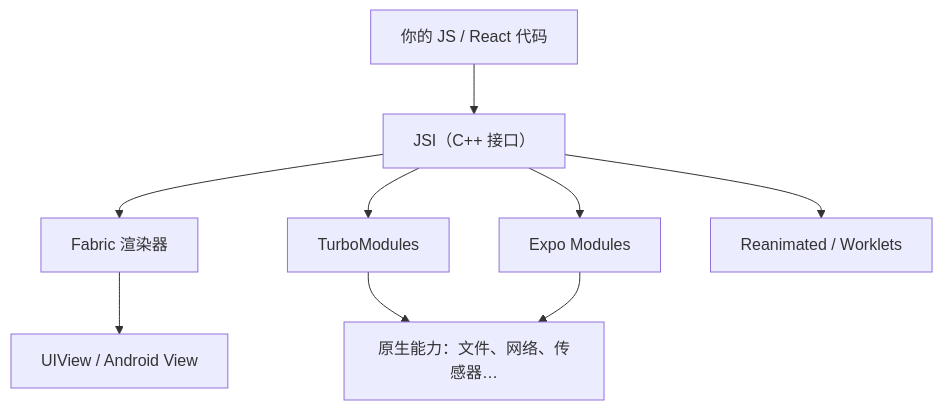
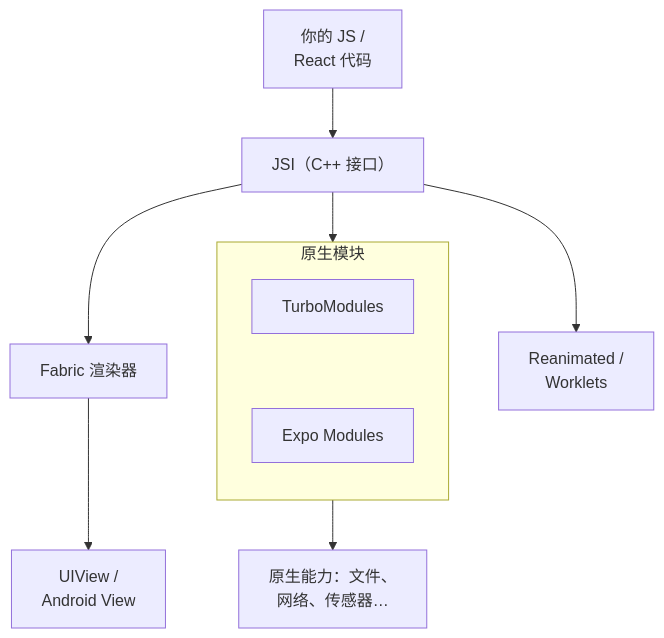
Before and after one commit to jarvis-pro/hatch-shelf: the diagram in books/rn-expo/01-new-architecture.md, drawn with Mermaid. The commit also changed 432 other files, not shown here.

````diff
--- a/books/rn-expo/01-new-architecture.md
+++ b/books/rn-expo/01-new-architecture.md
@@ -41,11 +41,13 @@
 ```mermaid
 flowchart TD
-  JS["你的 JS / React 代码"] --> JSI["JSI（C++ 接口）"]
+  JS["你的 JS /<br/>React 代码"] --> JSI["JSI（C++ 接口）"]
   JSI --> F["Fabric 渲染器"]
-  JSI --> T["TurboModules"]
-  JSI --> E["Expo Modules"]
-  JSI --> R["Reanimated / Worklets"]
-  F --> V["UIView / Android View"]
-  T --> N["原生能力：文件、网络、传感器…"]
-  E --> N
+  JSI --> MODS
+  JSI --> R["Reanimated /<br/>Worklets"]
+  subgraph MODS["原生模块"]
+    direction TB
+    T["TurboModules"] ~~~ E["Expo Modules"]
+  end
+  F --> V["UIView /<br/>Android View"]
+  MODS --> N["原生能力：文件、<br/>网络、传感器…"]
 ```
````
